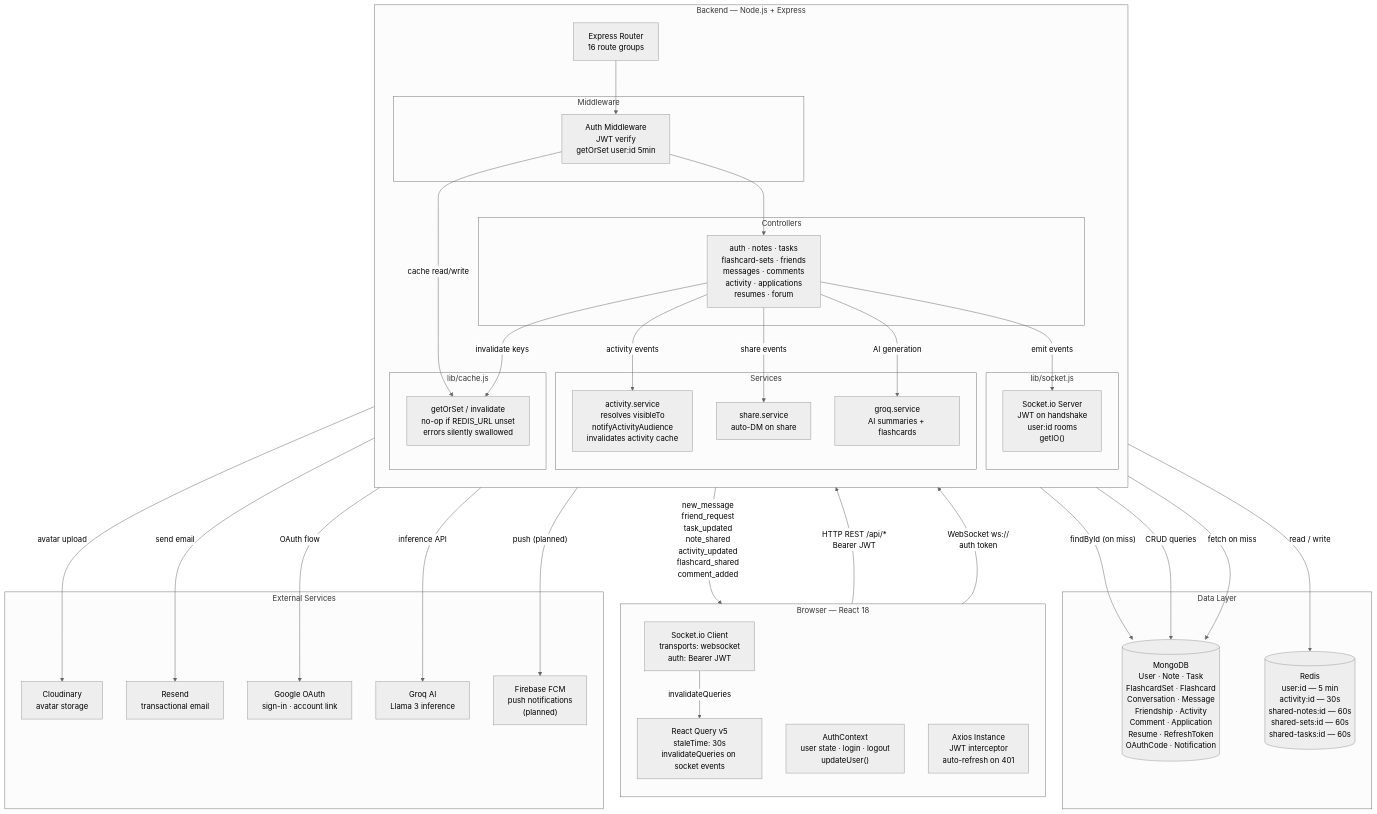
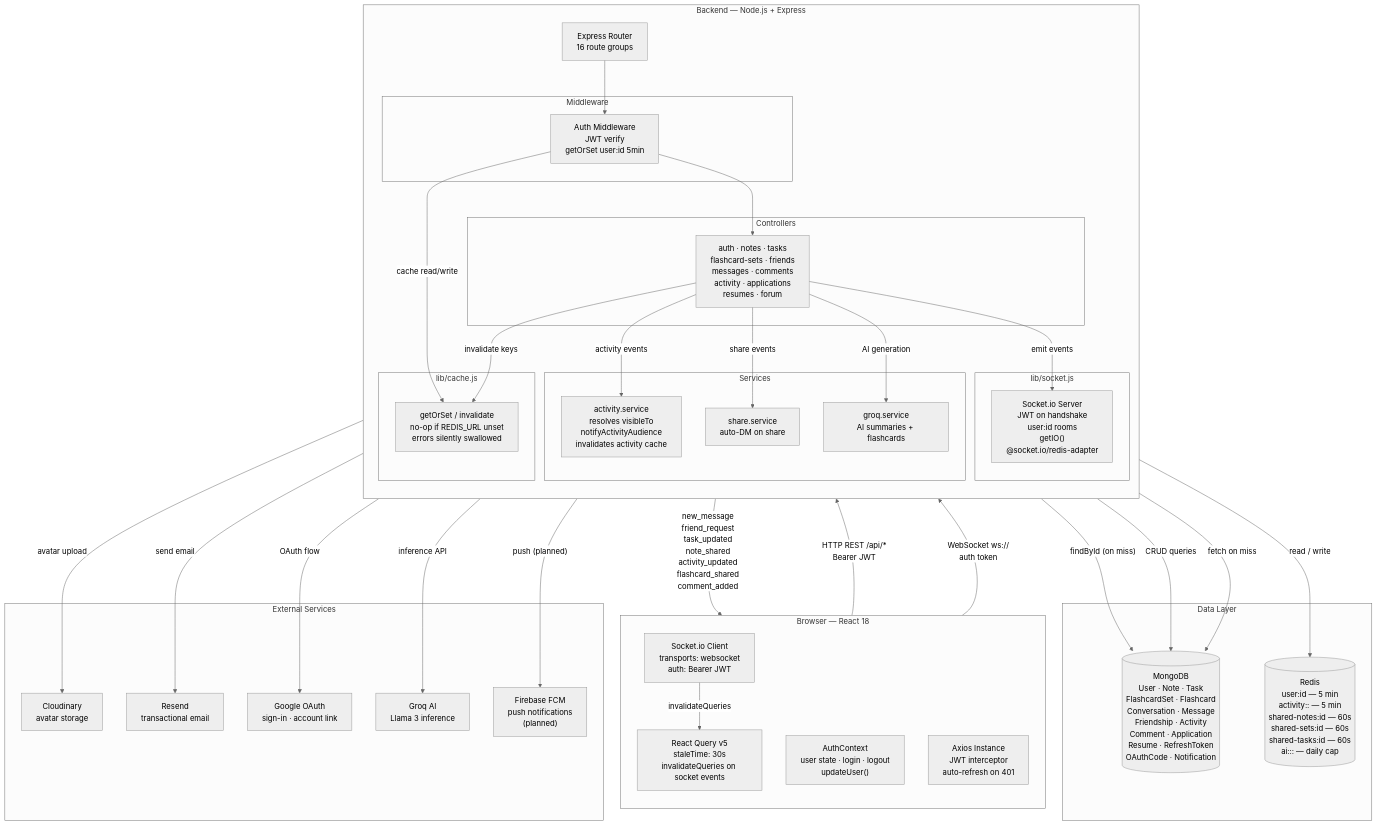
One commit to JustinBurrell/continuum changed the first of 4 diagrams in docs/backend/system-design.md. Above: the diagram before and after it, drawn with Mermaid (neutral theme). The commit also changed other lines of this file and 2 other files, not shown here.

Commit message:
docs: update API reference, system design, and roadmap for steps 5-10

```diff
--- a/docs/backend/system-design.md
+++ b/docs/backend/system-design.md
@@ -31,7 +31,7 @@
         end
 
         subgraph REALTIME["lib/socket.js"]
-            IO["Socket.io Server\nJWT on handshake\nuser:id rooms\ngetIO()"]
+            IO["Socket.io Server\nJWT on handshake\nuser:id rooms\ngetIO()\n@socket.io/redis-adapter"]
         end
 
         subgraph CACHE["lib/cache.js"]
@@ -41,7 +41,7 @@
 
     subgraph DATA["Data Layer"]
         MONGO[("MongoDB\nUser · Note · Task\nFlashcardSet · Flashcard\nConversation · Message\nFriendship · Activity\nComment · Application\nResume · RefreshToken\nOAuthCode · Notification")]
-        REDIS[("Redis\nuser:id — 5 min\nactivity:id — 30s\nshared-notes:id — 60s\nshared-sets:id — 60s\nshared-tasks:id — 60s")]
+        REDIS[("Redis\nuser:id — 5 min\nactivity:<userId>:<cursor> — 5 min\nshared-notes:id — 60s\nshared-sets:id — 60s\nshared-tasks:id — 60s\nai:<type>:<userId>:<date> — daily cap")]
     end
 
     subgraph EXTERNAL["External Services"]
```
